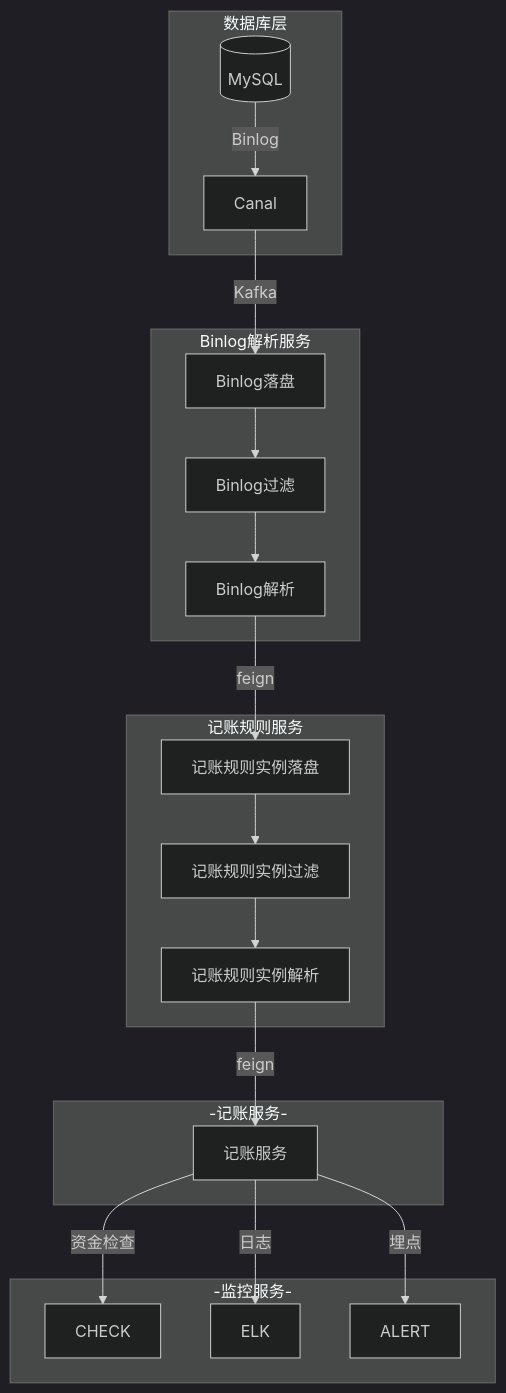
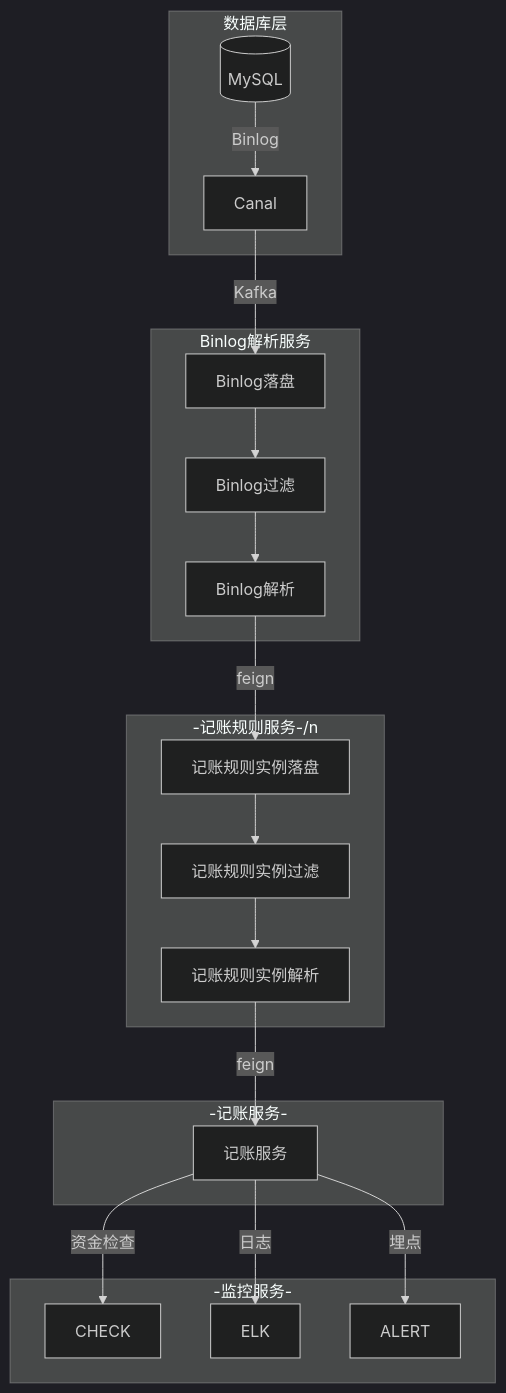
The diagram in all/记账架构图.md (87828943/iodraw-files), drawn with Mermaid (dark theme) before and after one commit.

Commit message:
2025-07-07 14:49:53 update

````diff
--- a/all/记账架构图.md
+++ b/all/记账架构图.md
@@ -1,24 +1,24 @@
 ```mermaid
 graph TB
     subgraph 数据库层
         DB[(MySQL)] -->|Binlog| Canal
     end
     subgraph Binlog解析服务
         Canal -->|Kafka| Binlog[Binlog落盘]
         Binlog --> Binlog1[Binlog过滤]
         Binlog1 --> Binlog2[Binlog解析]
     end
-    subgraph 记账规则服务
+    subgraph -记账规则服务-/n
         Binlog2 -->|feign| AccountingRule[记账规则实例落盘]
         AccountingRule --> AccountingRule1[记账规则实例过滤]
         AccountingRule1 --> AccountingRule2[记账规则实例解析] 
     end
     subgraph -记账服务-
        AccountingRule2 -->|feign| Accounting[记账服务]
     end
     subgraph -监控服务-
         Accounting --> |资金检查| CHECK
         Accounting -->|日志| ELK
         Accounting -->|埋点| ALERT
     end
 ```
````
